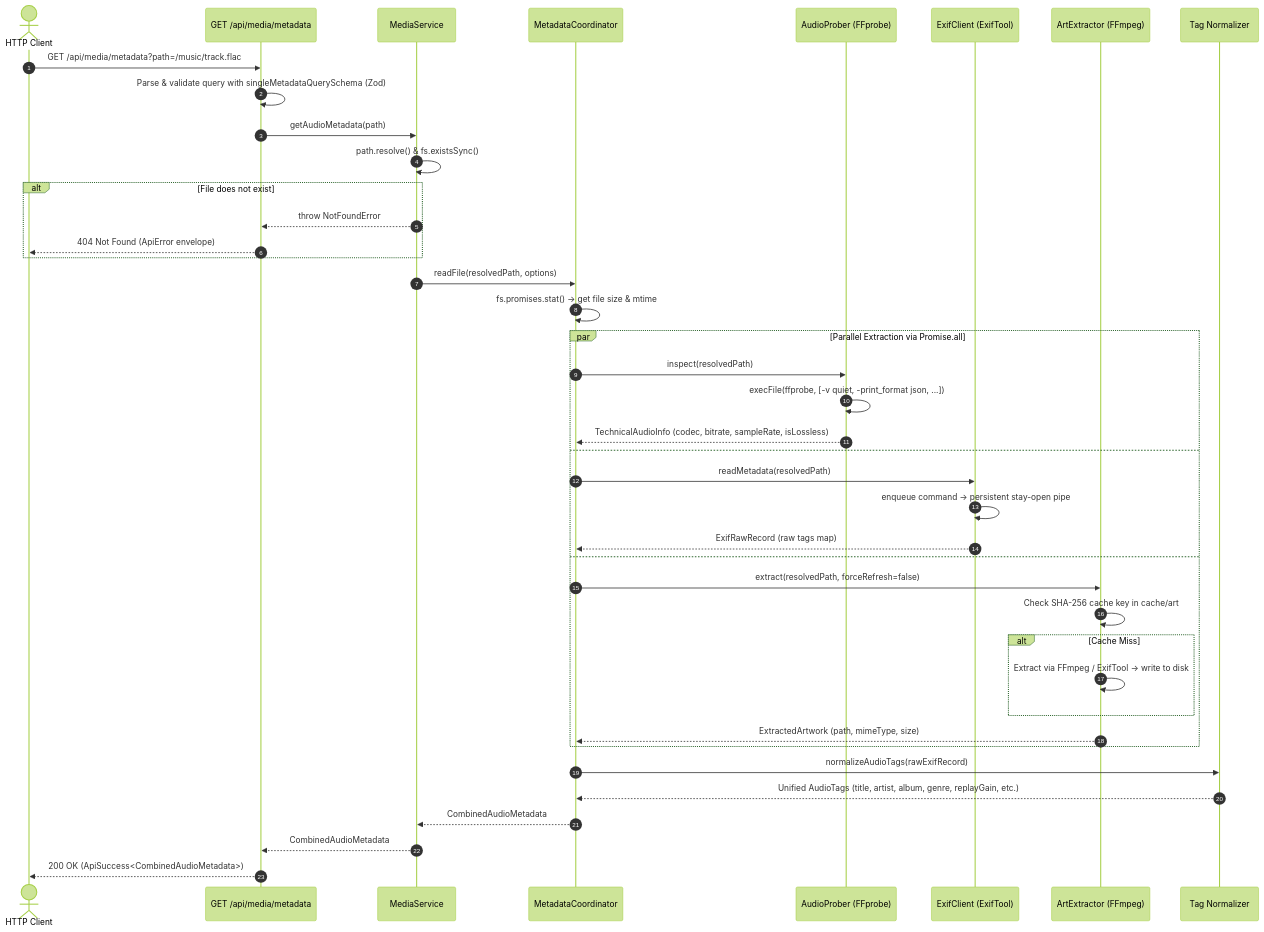
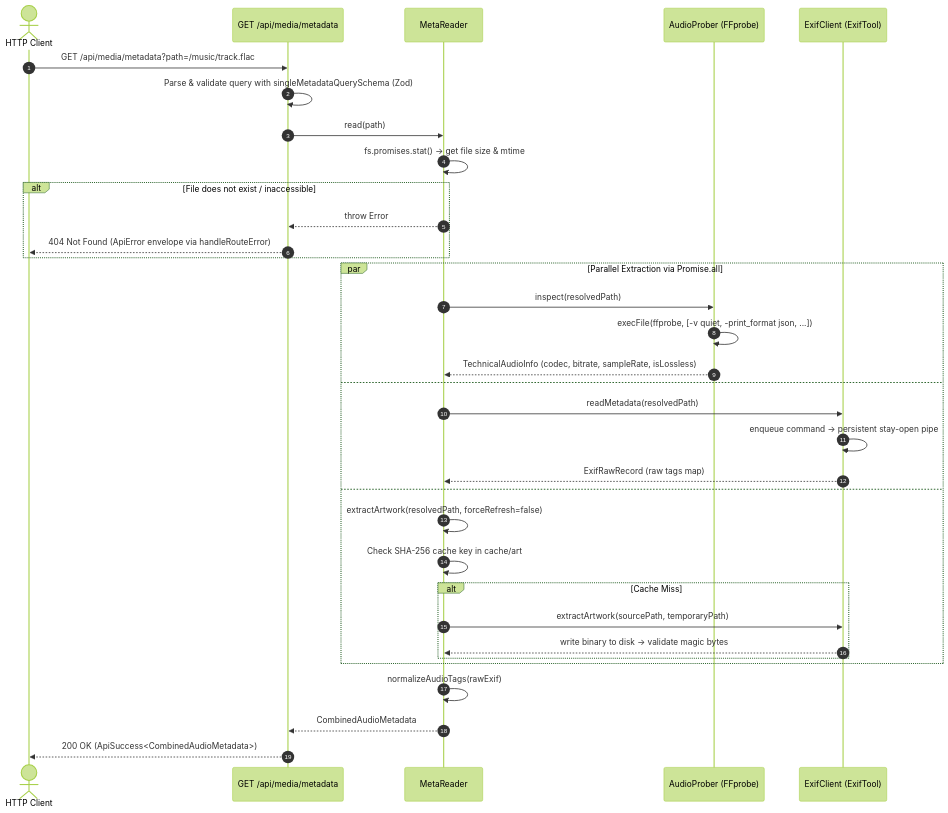
Before and after one commit to Manishtripathi-108/my-music: the second of 7 diagrams in README.md, drawn with Mermaid (forest theme). The commit also changed other lines of this file and 3 other files, not shown here.

Commit message:
feat(meta): implement MetaReader for unified audio metadata extraction and artwork handling

````diff
--- a/README.md
+++ b/README.md
@@ -123,46 +123,39 @@
 ```mermaid
 sequenceDiagram
     autonumber
     actor Client as HTTP Client
     participant Route as GET /api/media/metadata
-    participant Service as MediaService
-    participant Coord as MetadataCoordinator
+    participant Reader as MetaReader
     participant Probe as AudioProber (FFprobe)
     participant Exif as ExifClient (ExifTool)
-    participant Art as ArtExtractor (FFmpeg)
-    participant Normalizer as Tag Normalizer
 
     Client->>Route: GET /api/media/metadata?path=/music/track.flac
     Route->>Route: Parse & validate query with singleMetadataQuerySchema (Zod)
-    Route->>Service: getAudioMetadata(path)
-    Service->>Service: path.resolve() & fs.existsSync()
-    alt File does not exist
-        Service-->>Route: throw NotFoundError
-        Route-->>Client: 404 Not Found (ApiError envelope)
+    Route->>Reader: read(path)
+    Reader->>Reader: fs.promises.stat() -> get file size & mtime
+    alt File does not exist / inaccessible
+        Reader-->>Route: throw Error
+        Route-->>Client: 404 Not Found (ApiError envelope via handleRouteError)
     end
-    Service->>Coord: readFile(resolvedPath, options)
-    Coord->>Coord: fs.promises.stat() -> get file size & mtime
 
     par Parallel Extraction via Promise.all
-        Coord->>Probe: inspect(resolvedPath)
+        Reader->>Probe: inspect(resolvedPath)
         Probe->>Probe: execFile(ffprobe, [-v quiet, -print_format json, ...])
-        Probe-->>Coord: TechnicalAudioInfo (codec, bitrate, sampleRate, isLossless)
+        Probe-->>Reader: TechnicalAudioInfo (codec, bitrate, sampleRate, isLossless)
     and
-        Coord->>Exif: readMetadata(resolvedPath)
+        Reader->>Exif: readMetadata(resolvedPath)
         Exif->>Exif: enqueue command -> persistent stay-open pipe
-        Exif-->>Coord: ExifRawRecord (raw tags map)
+        Exif-->>Reader: ExifRawRecord (raw tags map)
     and
-        Coord->>Art: extract(resolvedPath, forceRefresh=false)
-        Art->>Art: Check SHA-256 cache key in cache/art
+        Reader->>Reader: extractArtwork(resolvedPath, forceRefresh=false)
+        Reader->>Reader: Check SHA-256 cache key in cache/art
         alt Cache Miss
-            Art->>Art: Extract via FFmpeg / ExifTool -> write to disk
+            Reader->>Exif: extractArtwork(sourcePath, temporaryPath)
+            Exif-->>Reader: write binary to disk -> validate magic bytes
         end
-        Art-->>Coord: ExtractedArtwork (path, mimeType, size)
     end
 
-    Coord->>Normalizer: normalizeAudioTags(rawExifRecord)
-    Normalizer-->>Coord: Unified AudioTags (title, artist, album, genre, replayGain, etc.)
-    Coord-->>Service: CombinedAudioMetadata
-    Service-->>Route: CombinedAudioMetadata
+    Reader->>Reader: normalizeAudioTags(rawExif)
+    Reader-->>Route: CombinedAudioMetadata
     Route-->>Client: 200 OK (ApiSuccess<CombinedAudioMetadata>)
 ```
````
